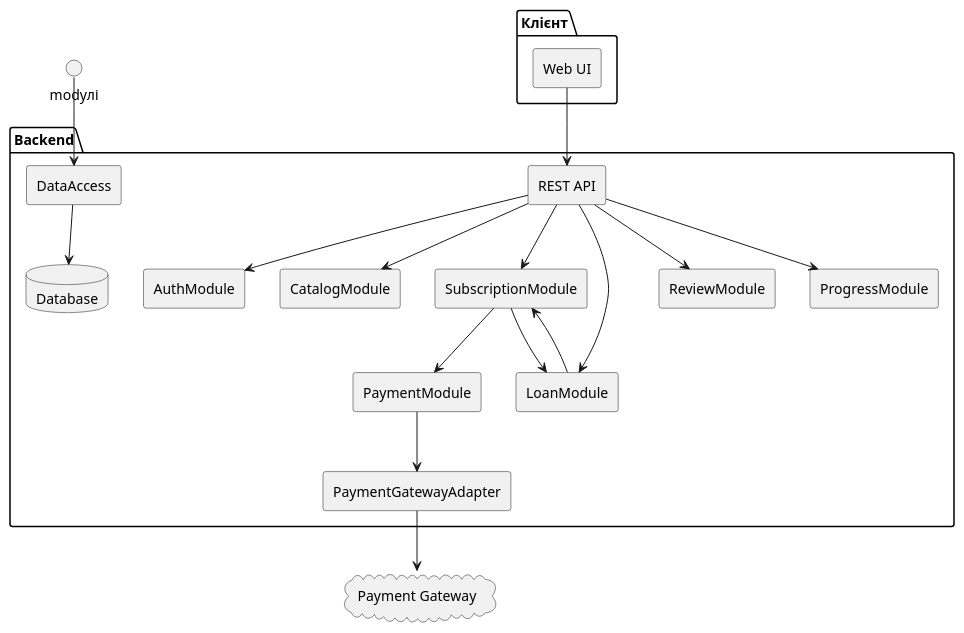
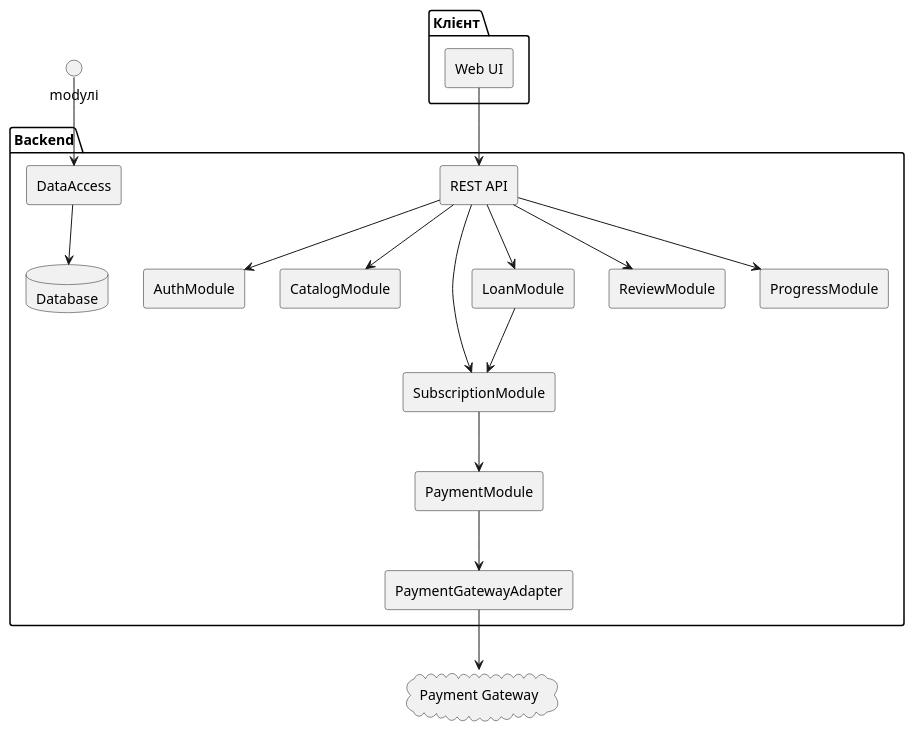
One commit to sanyalovemoney/KPI_labs changed the diagram in Labs/lab5-architecture/model/components.puml. Above: the diagram before and after it, drawn with PlantUML.

Commit message:
lab5: fix - remove circular dependency loan-subscription

```diff
--- a/Labs/lab5-architecture/model/components.puml
+++ b/Labs/lab5-architecture/model/components.puml
@@ -1,39 +1,39 @@
 @startuml components
 skinparam componentStyle rectangle
 
 package "Клієнт" {
   [Web UI]
 }
 
 package "Backend" {
   [REST API]
   [AuthModule]
   [CatalogModule]
   [SubscriptionModule]
   [PaymentModule]
   [LoanModule]
   [ReviewModule]
   [ProgressModule]
   [PaymentGatewayAdapter]
   [DataAccess]
   database "Database" as DB
 }
 
 ' зовнішні системи — актори Lab2 / swimlane Lab4, поза межею
 cloud "Payment Gateway" as PG
 
 [Web UI] --> [REST API]
 [REST API] --> [AuthModule]
 [REST API] --> [CatalogModule]
 [REST API] --> [SubscriptionModule]
 [REST API] --> [LoanModule]
 [REST API] --> [ReviewModule]
 [REST API] --> [ProgressModule]
 [SubscriptionModule] --> [PaymentModule]
 [PaymentModule] --> [PaymentGatewayAdapter]
 [PaymentGatewayAdapter] --> PG
+' один напрямок, як у Lab3: LoanService питає SubscriptionService
 [LoanModule] --> [SubscriptionModule]
-[SubscriptionModule] --> [LoanModule]
 modулі --> [DataAccess]
 [DataAccess] --> DB
 @enduml
```
